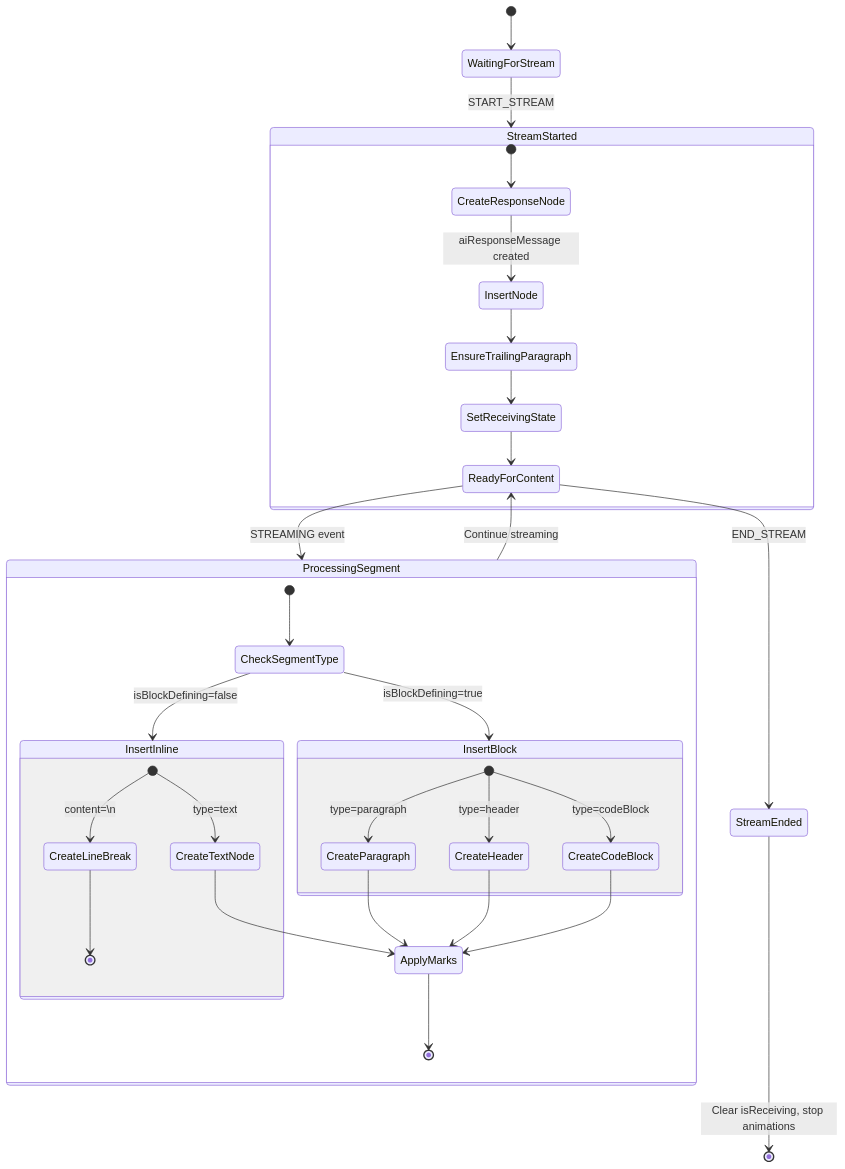
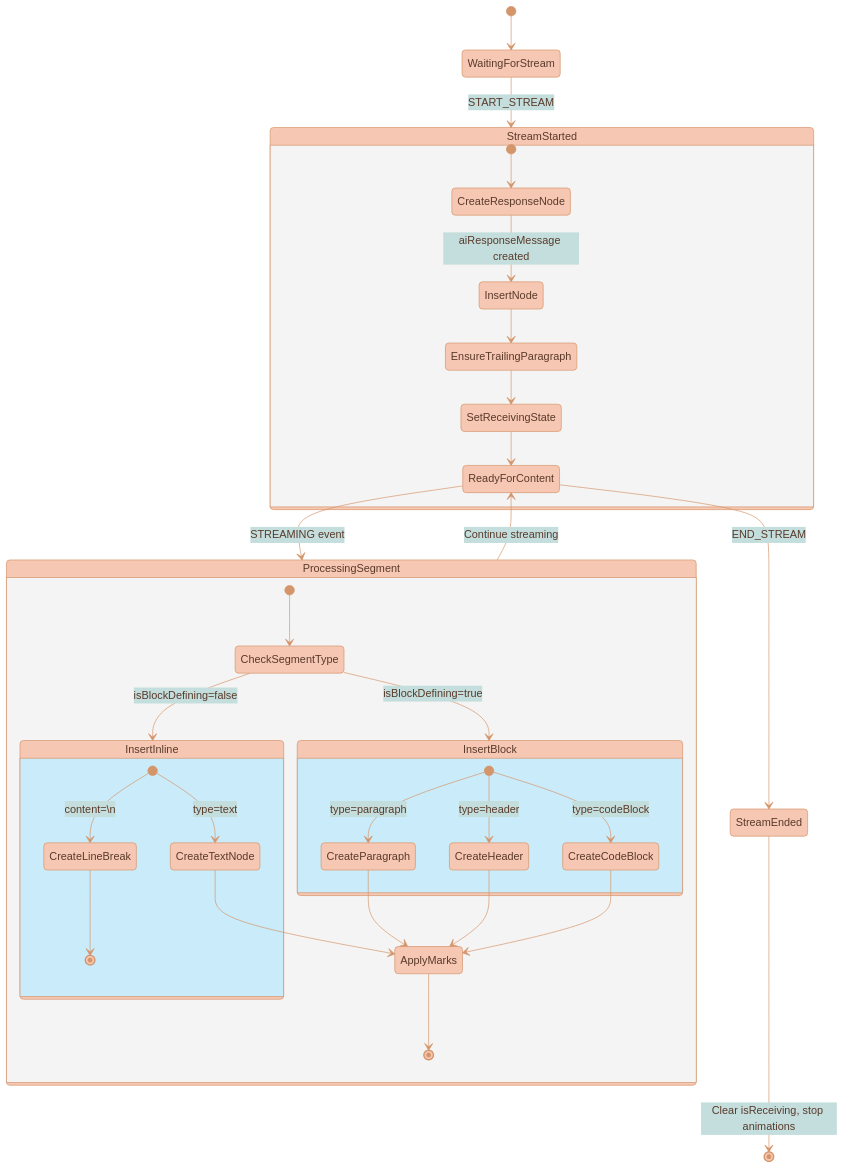
The fourth of 5 diagrams in services/web-ui/src/components/proseMirror/plugins/aiChatThreadPlugin/README.md (Lixpi/lixpi), drawn with Mermaid before and after one commit. The commit also changed other lines of this file and 27 other files, not shown here.

````diff
--- a/services/web-ui/src/components/proseMirror/plugins/aiChatThreadPlugin/README.md
+++ b/services/web-ui/src/components/proseMirror/plugins/aiChatThreadPlugin/README.md
@@ -276,43 +277,44 @@
 ```mermaid
+%%{init: {'theme': 'base', 'themeVariables': { 'primaryColor': '#F6C7B3', 'primaryTextColor': '#5a3a2a', 'primaryBorderColor': '#d4956a', 'secondaryColor': '#C3DEDD', 'lineColor': '#d4956a', 'textColor': '#5a3a2a'}}}%%
 stateDiagram-v2
-    [*] --> WaitingForStream
-    WaitingForStream --> StreamStarted: START_STREAM
+  [*] --> WaitingForStream
+  WaitingForStream --> StreamStarted: START_STREAM
 
-    state StreamStarted {
-        [*] --> CreateResponseNode
-        CreateResponseNode --> InsertNode: aiResponseMessage created
-        InsertNode --> EnsureTrailingParagraph
-        EnsureTrailingParagraph --> SetReceivingState
-        SetReceivingState --> ReadyForContent
+  state StreamStarted {
+    [*] --> CreateResponseNode
+    CreateResponseNode --> InsertNode: aiResponseMessage created
+    InsertNode --> EnsureTrailingParagraph
+    EnsureTrailingParagraph --> SetReceivingState
+    SetReceivingState --> ReadyForContent
+  }
+
+  ReadyForContent --> ProcessingSegment: STREAMING event
+
+  state ProcessingSegment {
+    [*] --> CheckSegmentType
+    CheckSegmentType --> InsertBlock: isBlockDefining=true
+    CheckSegmentType --> InsertInline: isBlockDefining=false
+
+    state InsertBlock {
+      [*] --> CreateParagraph: type=paragraph
+      [*] --> CreateHeader: type=header
+      [*] --> CreateCodeBlock: type=codeBlock
+      CreateParagraph --> ApplyMarks
+      CreateHeader --> ApplyMarks
+      CreateCodeBlock --> ApplyMarks
     }
 
-    ReadyForContent --> ProcessingSegment: STREAMING event
-
-    state ProcessingSegment {
-        [*] --> CheckSegmentType
-        CheckSegmentType --> InsertBlock: isBlockDefining=true
-        CheckSegmentType --> InsertInline: isBlockDefining=false
-
-        state InsertBlock {
-            [*] --> CreateParagraph: type=paragraph
-            [*] --> CreateHeader: type=header
-            [*] --> CreateCodeBlock: type=codeBlock
-            CreateParagraph --> ApplyMarks
-            CreateHeader --> ApplyMarks
-            CreateCodeBlock --> ApplyMarks
-        }
-
-        state InsertInline {
-            [*] --> CreateTextNode: type=text
-            [*] --> CreateLineBreak: content=\n
-            CreateTextNode --> ApplyMarks
-            CreateLineBreak --> [*]
-        }
-
-        ApplyMarks --> [*]
+    state InsertInline {
+      [*] --> CreateTextNode: type=text
+      [*] --> CreateLineBreak: content=\n
+      CreateTextNode --> ApplyMarks
+      CreateLineBreak --> [*]
     }
 
-    ProcessingSegment --> ReadyForContent: Continue streaming
-    ReadyForContent --> StreamEnded: END_STREAM
-    StreamEnded --> [*]: Clear isReceiving, stop animations
+    ApplyMarks --> [*]
+  }
+
+  ProcessingSegment --> ReadyForContent: Continue streaming
+  ReadyForContent --> StreamEnded: END_STREAM
+  StreamEnded --> [*]: Clear isReceiving, stop animations
 ```
````
